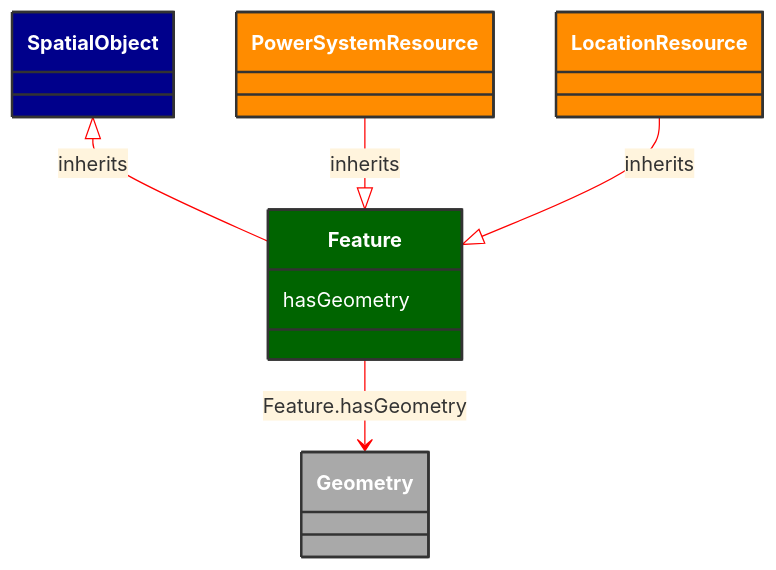
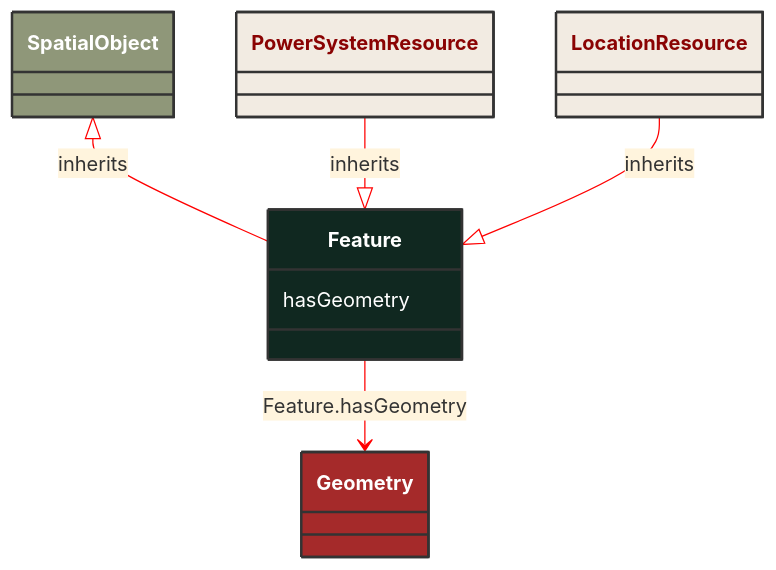
Before and after one commit to 3lbits/NoCIMExtensions: the diagram in docs/Models/Profiles/AviationObstacle/ConcreteClasses/Feature.md, drawn with Mermaid. The commit also changed 190 other files, not shown here.

````diff
--- a/docs/Models/Profiles/AviationObstacle/ConcreteClasses/Feature.md
+++ b/docs/Models/Profiles/AviationObstacle/ConcreteClasses/Feature.md
@@ -8,32 +8,28 @@
 ```mermaid
 %%{init: {'theme':'base','themeVariables': {'lineColor': '#FF0000'}}}%%
 classDiagram
     class Feature
     click Feature href "/Models/Profiles/AviationObstacle/ConcreteClasses/Feature/"
-    style Feature fill:#006400,stroke:#333,stroke-width:2px,rx:10,ry:10,color:white
-
+    style Feature fill:#102820,stroke:#333,stroke-width:2px,rx:10,ry:10,color:white
+     
         SpatialObject <|-- Feature : inherits
             click SpatialObject href "/Models/Profiles/AviationObstacle/ConcreteClasses/SpatialObject/"
-            style SpatialObject fill:#00008B,stroke:#333,stroke-width:2px,rx:10,ry:10,color:white
-
-        Feature
-            click Feature href "/Models/Profiles/AviationObstacle/ConcreteClasses/Feature/"
-            style SpatialObject fill:#00008B,stroke:#333,stroke-width:2px,rx:10,ry:10,color:white
+            style SpatialObject fill:#8F9779,stroke:#333,stroke-width:2px,rx:10,ry:10,color:white
 
         PowerSystemResource --|> Feature : inherits
             click PowerSystemResource href "/Models/Profiles/AviationObstacle/AbstractClasses/PowerSystemResource/"
-            style PowerSystemResource fill:#FF8C00,stroke:#333,stroke-width:2px,rx:10,ry:10,color:white
+            style PowerSystemResource fill:#F2EBE2,stroke:#333,stroke-width:2px,rx:10,ry:10,color:#8A0303
 
         LocationResource --|> Feature : inherits
             click LocationResource href "/Models/Profiles/AviationObstacle/AbstractClasses/LocationResource/"
-            style LocationResource fill:#FF8C00,stroke:#333,stroke-width:2px,rx:10,ry:10,color:white
+            style LocationResource fill:#F2EBE2,stroke:#333,stroke-width:2px,rx:10,ry:10,color:#8A0303
 
         Feature --> Geometry : Feature.hasGeometry
 
         Geometry
             click Geometry href "/Models/Profiles/AviationObstacle/ConcreteClasses/Geometry/"
-            style Geometry fill:#A9A9A9,stroke:#333,stroke-width:2px,rx:10,ry:10,color:white
+            style Geometry fill:#A52A2A,stroke:#333,stroke-width:2px,rx:10,ry:10,color:white
 
 
         Feature : hasGeometry
 ```
````
